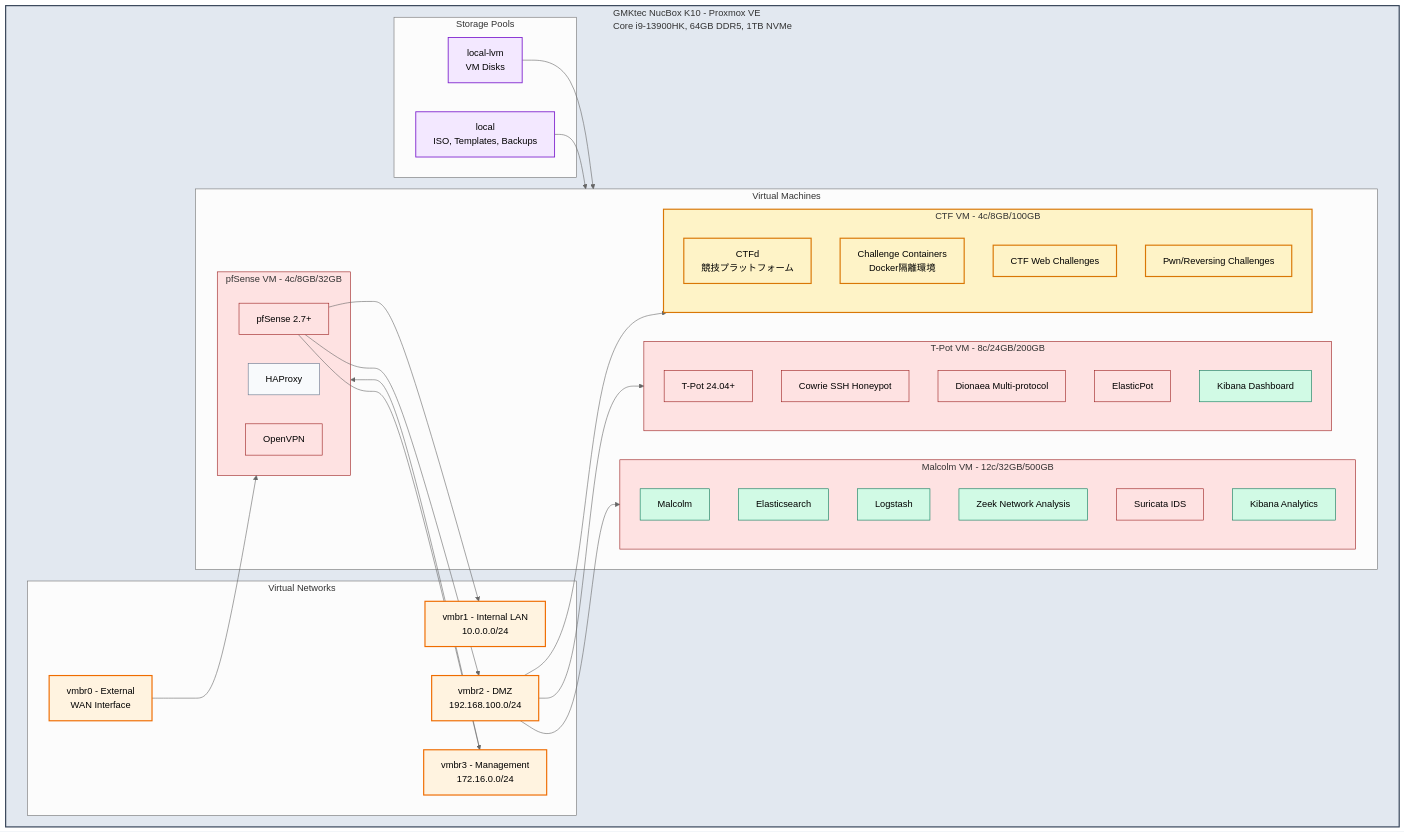
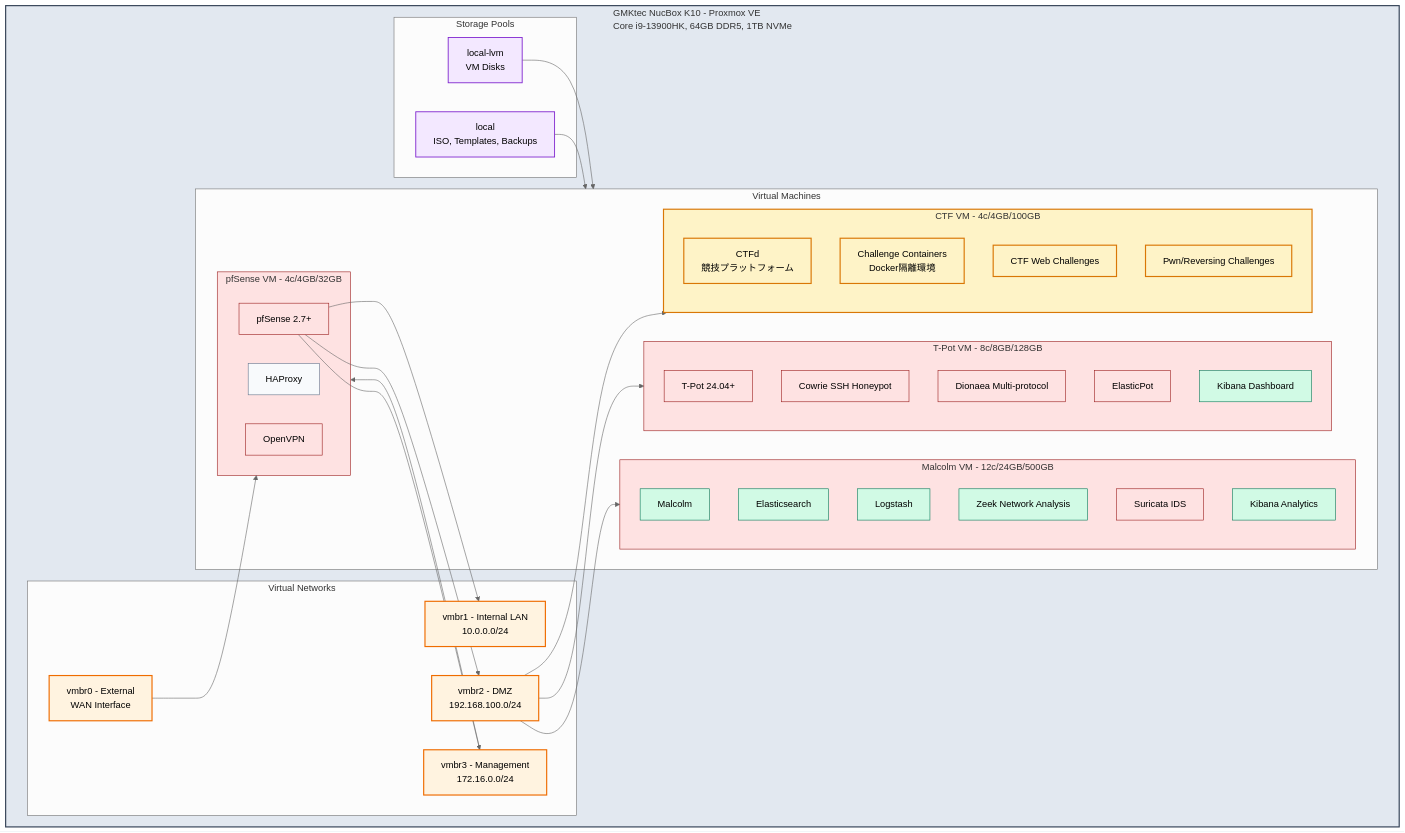
Before and after one commit to yamisskey-dev/yamisskey-host: the second of 7 diagrams in README.md, drawn with Mermaid (neutral theme). The commit also changed other lines of this file, not shown here.

Commit message:
Update VM memory allocations to match Terraform configuration
Proxmox VM仕様をTerraformコードに合わせて更新:
- pfSense: 8GB → 4GB
- T-Pot: 24GB → 8GB (ディスク 200GB → 128GB)
- Malcolm: 32GB → 24GB
- CTF: 8GB → 4GB

また、Linode VPSのメモリを2GBに増強して記載。

🤖 Generated with [Claude Code](https://claude.com/claude-code)

````diff
--- a/README.md
+++ b/README.md
@@ -155,82 +155,82 @@
 ```mermaid
 graph TB
     %% Style definitions
     classDef homeServer fill:#e2e8f0,stroke:#334155,stroke-width:2px
     classDef service fill:#f8fafc,stroke:#64748b,stroke-width:1px
     classDef monitoring fill:#d1fae5,stroke:#047857,stroke-width:1px
     classDef security fill:#fee2e2,stroke:#991b1b,stroke-width:1px
     classDef storage fill:#f3e8ff,stroke:#7e22ce,stroke-width:1.5px
     classDef network fill:#fff3e0,stroke:#ef6c00,stroke-width:2px
     classDef ctf fill:#fef3c7,stroke:#d97706,stroke-width:2px
     
     %% Proxmox Host
     subgraph proxmox["GMKtec NucBox K10 - Proxmox VE<br/>Core i9-13900HK, 64GB DDR5, 1TB NVMe"]
        %% Storage Configuration
        subgraph storage["Storage Pools"]
            local["local<br/>ISO, Templates, Backups"]:::storage
            local_lvm["local-lvm<br/>VM Disks"]:::storage
        end
        
        %% Network Bridges
        subgraph networks["Virtual Networks"]
            vmbr0["vmbr0 - External<br/>WAN Interface"]:::network
            vmbr1["vmbr1 - Internal LAN<br/>10.0.0.0/24"]:::network
            vmbr2["vmbr2 - DMZ<br/>192.168.100.0/24"]:::network
            vmbr3["vmbr3 - Management<br/>172.16.0.0/24"]:::network
        end
        
        %% Virtual Machines
        subgraph vms["Virtual Machines"]
-           subgraph pfsense_vm["pfSense VM - 4c/8GB/32GB"]
+           subgraph pfsense_vm["pfSense VM - 4c/4GB/32GB"]
                pfsense["pfSense 2.7+"]:::security
                haproxy["HAProxy"]:::service
                openvpn["OpenVPN"]:::security
            end
-           
-           subgraph tpot_vm["T-Pot VM - 8c/24GB/200GB"]
+
+           subgraph tpot_vm["T-Pot VM - 8c/8GB/128GB"]
                tpot["T-Pot 24.04+"]:::security
                cowrie["Cowrie SSH Honeypot"]:::security
                dionaea["Dionaea Multi-protocol"]:::security
                elasticpot["ElasticPot"]:::security
                kibana_tpot["Kibana Dashboard"]:::monitoring
            end
-           
-           subgraph malcolm_vm["Malcolm VM - 12c/32GB/500GB"]
+
+           subgraph malcolm_vm["Malcolm VM - 12c/24GB/500GB"]
                malcolm["Malcolm"]:::monitoring
                elasticsearch["Elasticsearch"]:::monitoring
                logstash["Logstash"]:::monitoring
                zeek["Zeek Network Analysis"]:::monitoring
                suricata_malcolm["Suricata IDS"]:::security
                kibana_malcolm["Kibana Analytics"]:::monitoring
            end
-           
-           subgraph ctf_vm["CTF VM - 4c/8GB/100GB"]
+
+           subgraph ctf_vm["CTF VM - 4c/4GB/100GB"]
                ctfd["CTFd<br/>競技プラットフォーム"]:::ctf
                challenge_containers["Challenge Containers<br/>Docker隔離環境"]:::ctf
                ctf_web["CTF Web Challenges"]:::ctf
                ctf_pwn["Pwn/Reversing Challenges"]:::ctf
            end
        end
     end
     
     %% Network connections
     vmbr0 --> pfsense_vm
     vmbr2 --> tpot_vm
     vmbr2 --> malcolm_vm
     vmbr2 --> ctf_vm
     vmbr3 --> pfsense_vm
     
     %% Internal VM connections
     pfsense --> vmbr1
     pfsense --> vmbr2
     pfsense --> vmbr3
     
     %% Storage connections
     local --> vms
     local_lvm --> vms
     
     %% Apply styles
     class proxmox homeServer
     class pfsense_vm,tpot_vm,malcolm_vm security
     class ctf_vm ctf
 ```
````
